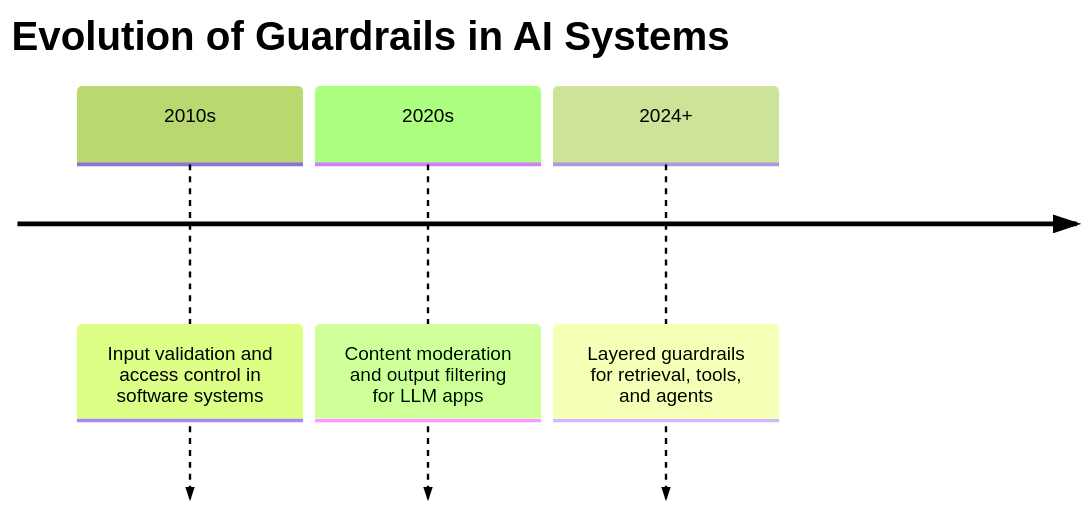
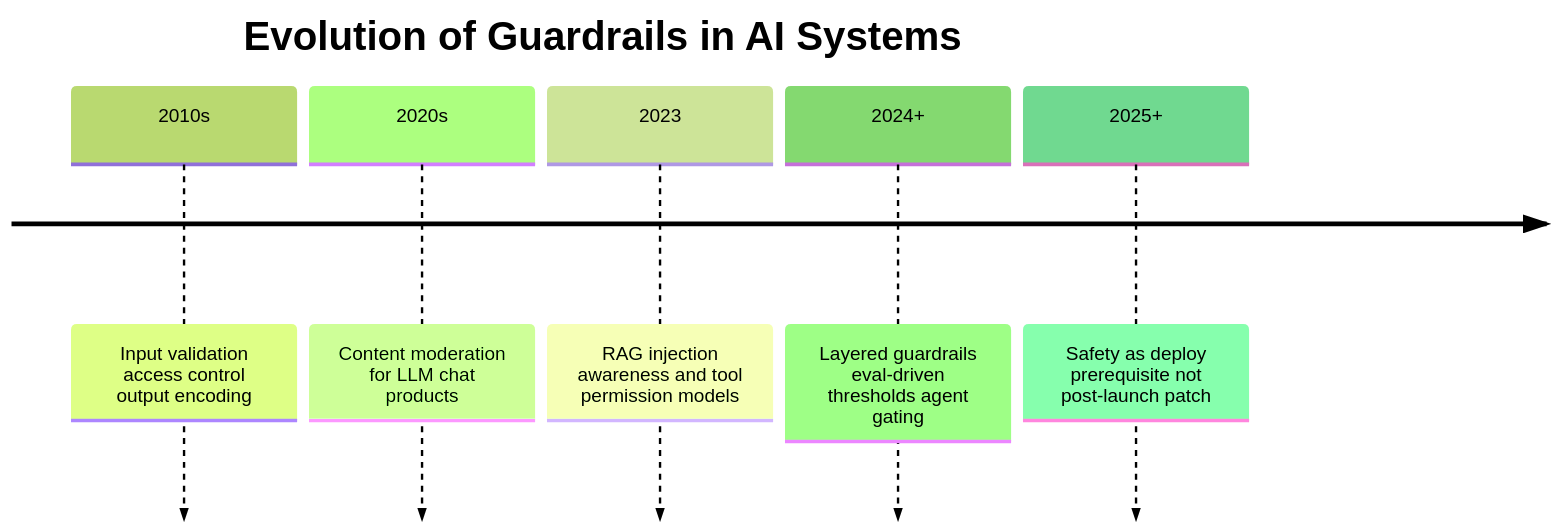
One commit to Asabeneh/30-Days-Of-AI-Engineering changed the second of 11 diagrams in day_28/day_28_guardrails.md. Above: the diagram before and after it, drawn with Mermaid (forest theme). The commit also changed other lines of this file and 49 other files, not shown here.

````diff
--- a/day_28/day_28_guardrails.md
+++ b/day_28/day_28_guardrails.md
@@ -71,7 +112,9 @@
 ```mermaid
 timeline
-        title Evolution of Guardrails in AI Systems
-        2010s : Input validation and access control in software systems
-        2020s : Content moderation and output filtering for LLM apps
-        2024+ : Layered guardrails for retrieval, tools, and agents
+    title Evolution of Guardrails in AI Systems
+    2010s : Input validation access control output encoding
+    2020s : Content moderation for LLM chat products
+    2023 : RAG injection awareness and tool permission models
+    2024+ : Layered guardrails eval-driven thresholds agent gating
+    2025+ : Safety as deploy prerequisite not post-launch patch
 ```
````
